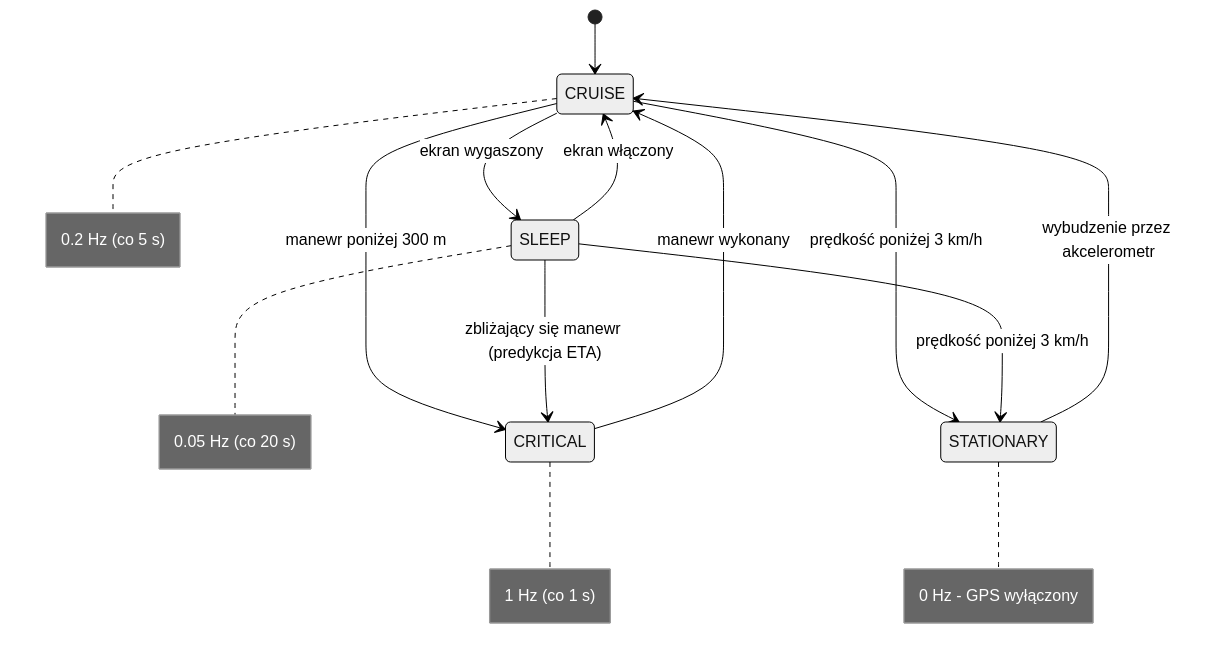
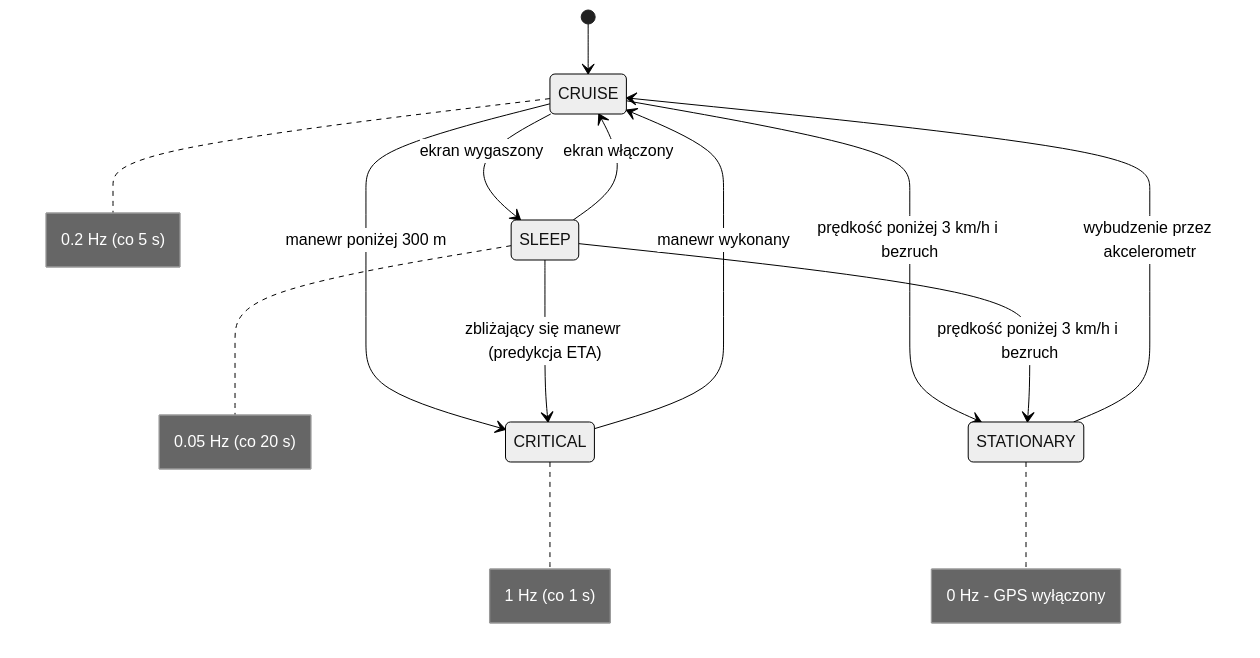
One commit to MarcinNowak1988/Nawigacja changed the third of 4 diagrams in docs/DOKUMENTACJA_TECHNICZNA.md. Above: the diagram before and after it, drawn with Mermaid (neutral theme). The commit also changed other lines of this file and 24 other files, not shown here.

First line of the commit message:
Add repo foundation, architecture decision records and tested core logic

````diff
--- a/docs/DOKUMENTACJA_TECHNICZNA.md
+++ b/docs/DOKUMENTACJA_TECHNICZNA.md
@@ -175,25 +219,25 @@
 ```mermaid
 stateDiagram-v2
     [*] --> CRUISE
     CRUISE --> CRITICAL: manewr poniżej 300 m
     CRITICAL --> CRUISE: manewr wykonany
     CRUISE --> SLEEP: ekran wygaszony
     SLEEP --> CRUISE: ekran włączony
     SLEEP --> CRITICAL: zbliżający się manewr (predykcja ETA)
-    CRUISE --> STATIONARY: prędkość poniżej 3 km/h
-    SLEEP --> STATIONARY: prędkość poniżej 3 km/h
+    CRUISE --> STATIONARY: prędkość poniżej 3 km/h i bezruch
+    SLEEP --> STATIONARY: prędkość poniżej 3 km/h i bezruch
     STATIONARY --> CRUISE: wybudzenie przez akcelerometr
 
     note right of CRITICAL
         1 Hz (co 1 s)
     end note
     note right of CRUISE
         0.2 Hz (co 5 s)
     end note
     note right of SLEEP
         0.05 Hz (co 20 s)
     end note
     note right of STATIONARY
         0 Hz - GPS wyłączony
     end note
 ```
````
